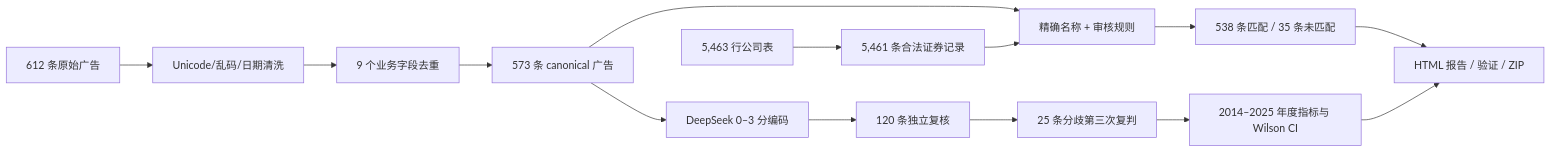
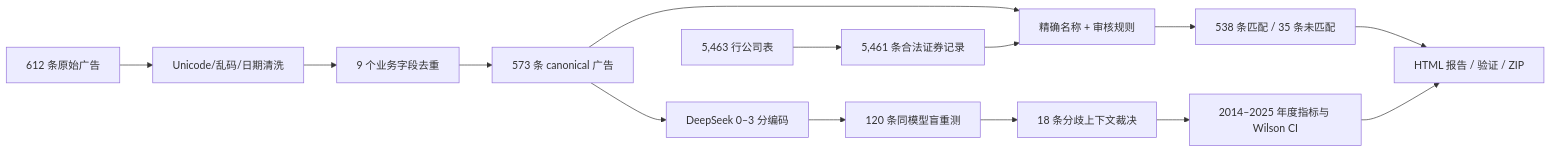
One commit to Patrickweng472/ra-task-ads-guangqinweng changed the diagram in README.md. Above: the diagram before and after it, drawn with Mermaid. The commit also changed other lines of this file and 2 other files, not shown here.

````diff
--- a/README.md
+++ b/README.md
@@ -74,16 +76,16 @@
 ```mermaid
 flowchart LR
     A["612 条原始广告"] --> B["Unicode/乱码/日期清洗"]
     B --> C["9 个业务字段去重"]
     C --> D["573 条 canonical 广告"]
     E["5,463 行公司表"] --> F["5,461 条合法证券记录"]
     D --> G["精确名称 + 审核规则"]
     F --> G
     G --> H["538 条匹配 / 35 条未匹配"]
     D --> I["DeepSeek 0–3 分编码"]
-    I --> J["120 条独立复核"]
-    J --> K["25 条分歧第三次复判"]
+    I --> J["120 条同模型盲重测"]
+    J --> K["18 条分歧上下文裁决"]
     K --> L["2014–2025 年度指标与 Wilson CI"]
     H --> M["HTML 报告 / 验证 / ZIP"]
     L --> M
 ```
````
